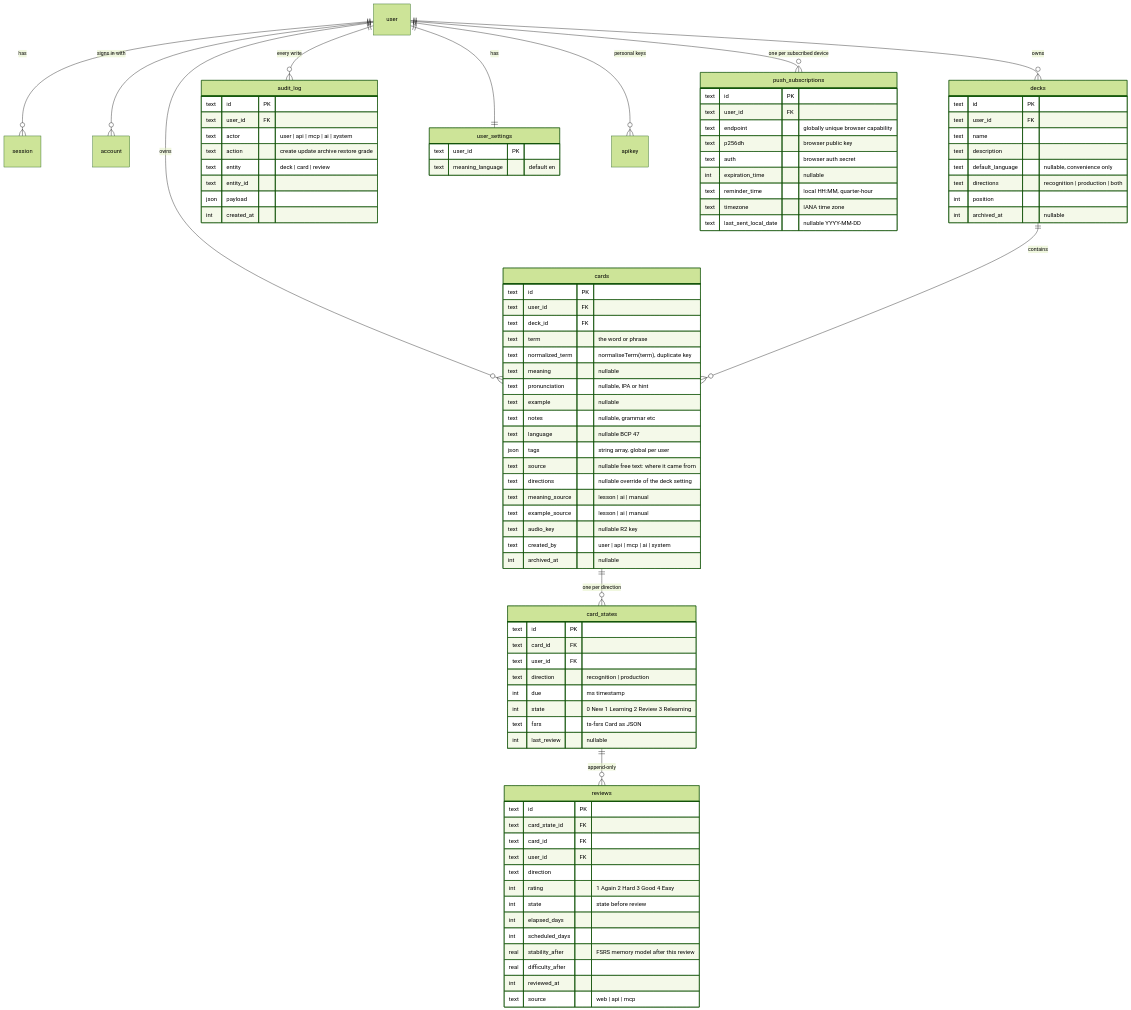
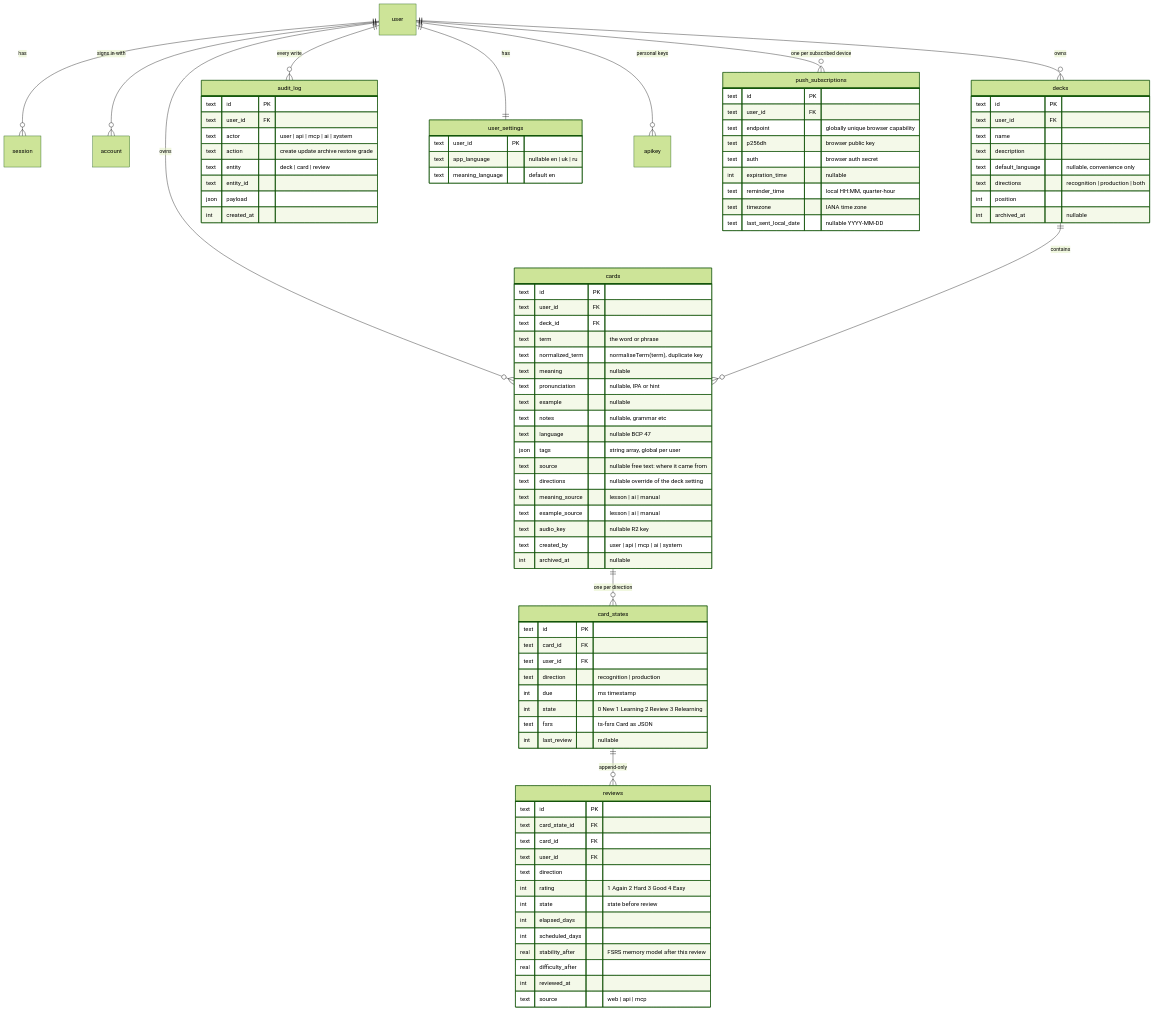
Before and after one commit to krambertech/lymi: the diagram in docs/data-model.md, drawn with Mermaid (forest theme). The commit also changed 14 other files, not shown here.

```diff
--- a/docs/data-model.md
+++ b/docs/data-model.md
@@ -50,6 +50,7 @@
   }
   user_settings {
     text user_id PK
+    text app_language "nullable en | uk | ru"
     text meaning_language "default en"
   }
   card_states {
```
